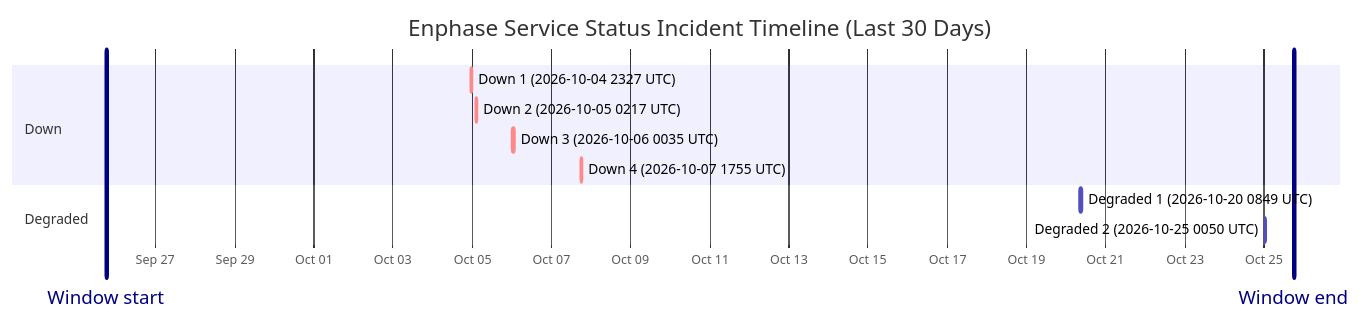
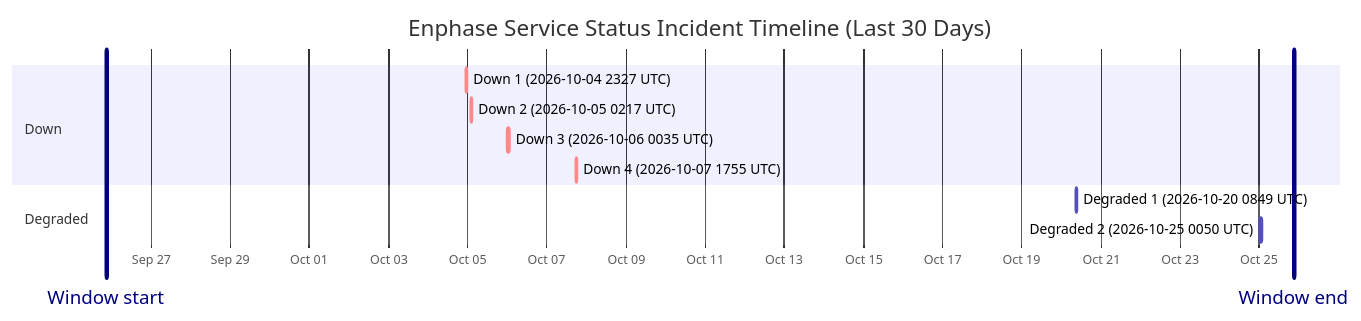
One commit to barneyonline/ha-enphase-energy changed the diagram in wiki/Service-Status-History.md. Above: the diagram before and after it, drawn with Mermaid. The commit also changed other lines of this file and 3 other files, not shown here.

````diff
--- a/wiki/Service-Status-History.md
+++ b/wiki/Service-Status-History.md
@@ -14,16 +14,16 @@
 ```mermaid
 gantt
     title Enphase Service Status Incident Timeline (Last 30 Days)
     dateFormat  YYYY-MM-DDTHH:mm:ss
     axisFormat  %b %d
-    Window start :vert, window-start, 2026-09-25T18:08:02, 0ms
-    Window end :vert, window-end, 2026-10-25T18:08:02, 0ms
+    Window start :vert, window-start, 2026-09-25T21:04:11, 0ms
+    Window end :vert, window-end, 2026-10-25T21:04:11, 0ms
     section Down
     Down 1 (2026-10-04 2327 UTC) :crit, down-1, 2026-10-04T23:27:34, 60m
     Down 2 (2026-10-05 0217 UTC) :crit, down-2, 2026-10-05T02:17:30, 60m
     Down 3 (2026-10-06 0035 UTC) :crit, down-3, 2026-10-06T00:35:21, 60m
     Down 4 (2026-10-07 1755 UTC) :crit, down-4, 2026-10-07T17:55:16, 60m
     section Degraded
     Degraded 1 (2026-10-20 0849 UTC) :active, degraded-1, 2026-10-20T08:49:49, 60m
     Degraded 2 (2026-10-25 0050 UTC) :active, degraded-2, 2026-10-25T00:50:01, 60m
 ```
````
